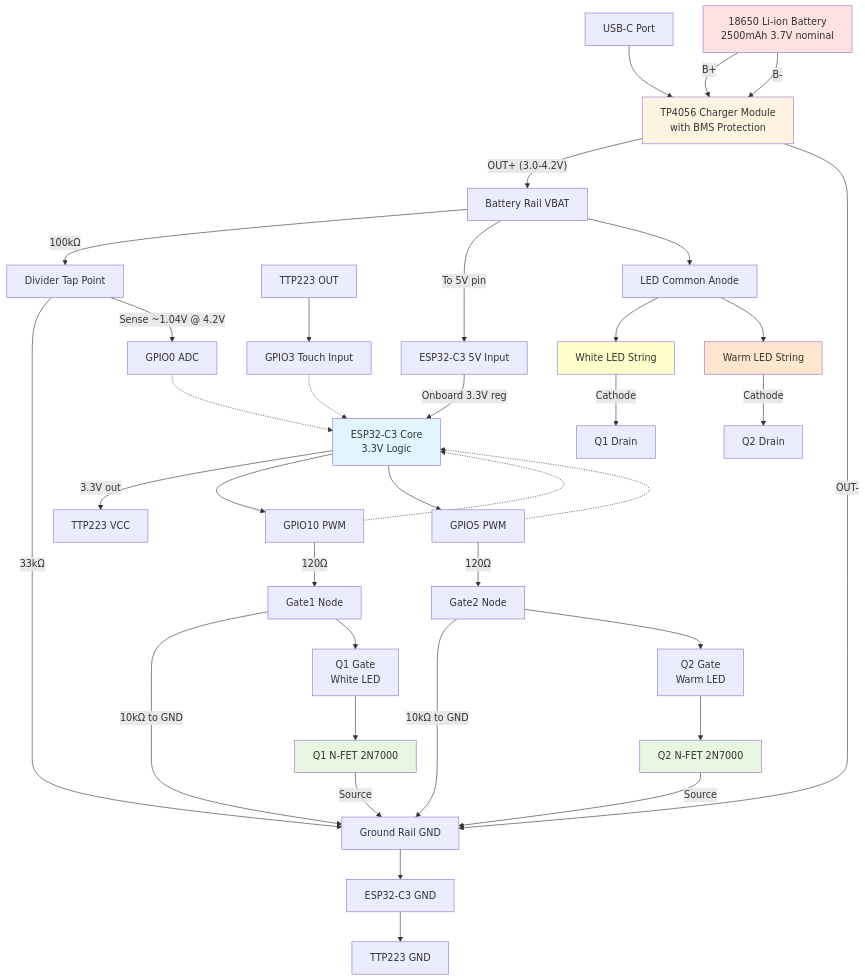
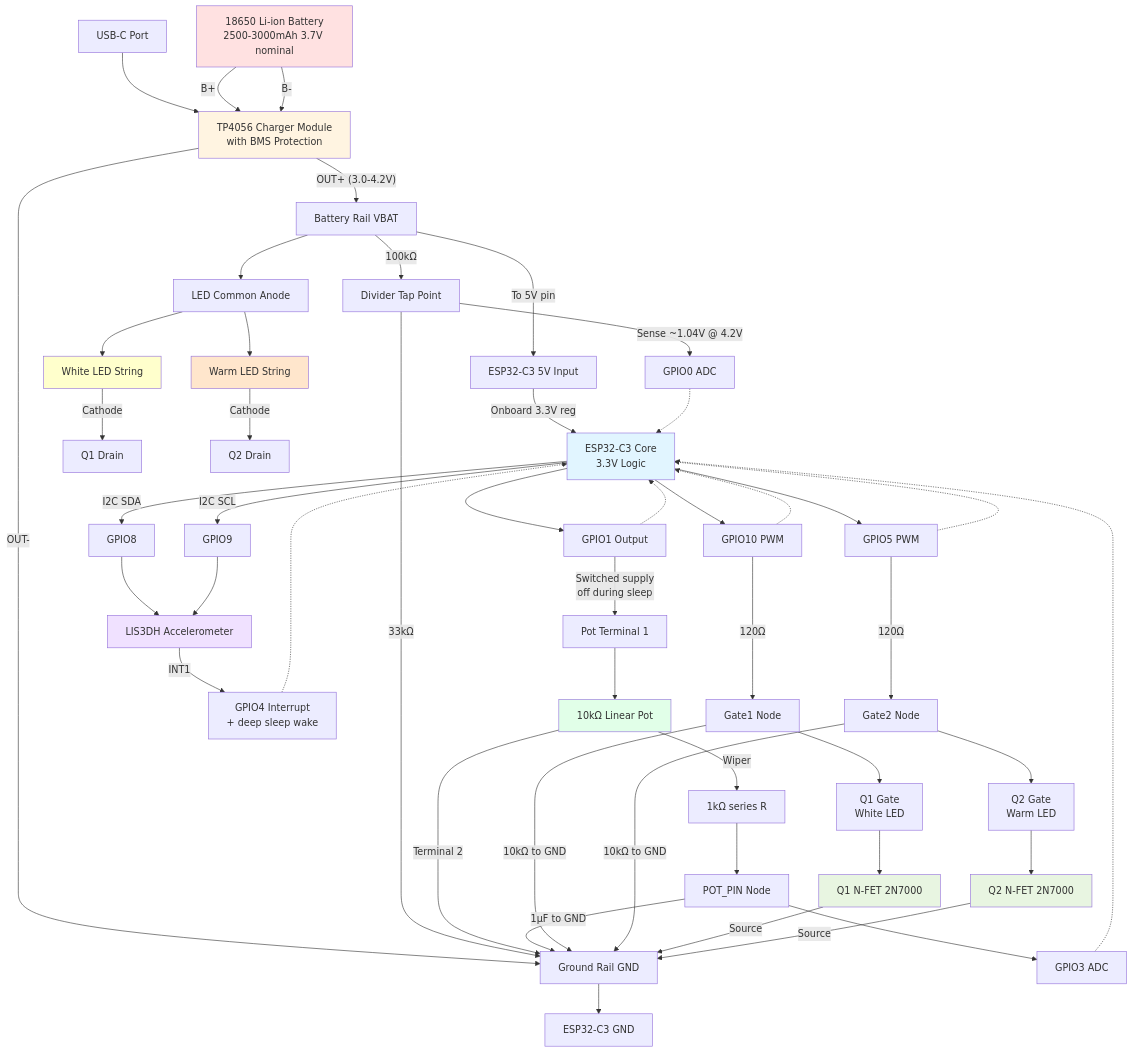
One commit to myclark/LEDDeskLamp changed the diagram in doc/desk_lamp_project.md. Above: the diagram before and after it, drawn with Mermaid. The commit also changed other lines of this file and 5 other files, not shown here.

````diff
--- a/doc/desk_lamp_project.md
+++ b/doc/desk_lamp_project.md
@@ -61,58 +81,73 @@
 ```mermaid
 graph TB
     USB[USB-C Port] --> TP4056[TP4056 Charger Module<br/>with BMS Protection]
 
-    BATT[18650 Li-ion Battery<br/>2500mAh 3.7V nominal] --> |"B+"| TP4056
+    BATT[18650 Li-ion Battery<br/>2500-3000mAh 3.7V nominal] --> |"B+"| TP4056
     BATT --> |"B-"| TP4056
 
     TP4056 --> |"OUT+ (3.0-4.2V)"| VBAT_RAIL[Battery Rail VBAT]
     TP4056 --> |"OUT-"| GND_RAIL[Ground Rail GND]
 
     VBAT_RAIL --> |"100kΩ"| VDIV_TAP[Divider Tap Point]
     VDIV_TAP --> |"33kΩ"| GND_RAIL
     VDIV_TAP --> |"Sense ~1.04V @ 4.2V"| GPIO0[GPIO0 ADC]
 
     VBAT_RAIL --> |"To 5V pin"| ESP32_5V[ESP32-C3 5V Input]
     ESP32_5V --> |"Onboard 3.3V reg"| ESP32_CORE[ESP32-C3 Core<br/>3.3V Logic]
     GND_RAIL --> ESP32_GND[ESP32-C3 GND]
 
-    ESP32_CORE --> |"3.3V out"| TOUCH_VCC[TTP223 VCC]
-    TOUCH_OUT[TTP223 OUT] --> GPIO3[GPIO3 Touch Input]
-    ESP32_GND --> TOUCH_GND[TTP223 GND]
+    ESP32_CORE --> GPIO1[GPIO1 Output]
+    GPIO1 --> |"Switched supply<br/>off during sleep"| POT_T1[Pot Terminal 1]
+    POT_T1 --> POT[10kΩ Linear Pot]
+    POT --> |"Terminal 2"| GND_RAIL
+    POT --> |"Wiper"| POT_R["1kΩ series R"]
+    POT_R --> POT_NODE[POT_PIN Node]
+    POT_NODE --> |"1µF to GND"| GND_RAIL
+    POT_NODE --> GPIO3[GPIO3 ADC]
+
+    ESP32_CORE --> |"I2C SDA"| GPIO8[GPIO8]
+    ESP32_CORE --> |"I2C SCL"| GPIO9[GPIO9]
+    GPIO8 --> LIS3DH[LIS3DH Accelerometer]
+    GPIO9 --> LIS3DH
+    LIS3DH --> |"INT1"| GPIO4[GPIO4 Interrupt<br/>+ deep sleep wake]
 
     ESP32_CORE --> GPIO10[GPIO10 PWM]
     ESP32_CORE --> GPIO5[GPIO5 PWM]
 
     GPIO10 --> |"120Ω"| GATE1_RES[Gate1 Node]
     GATE1_RES --> |"10kΩ to GND"| GND_RAIL
     GATE1_RES --> Q1_GATE[Q1 Gate<br/>White LED]
     Q1_GATE --> Q1[Q1 N-FET 2N7000]
 
     GPIO5 --> |"120Ω"| GATE2_RES[Gate2 Node]
     GATE2_RES --> |"10kΩ to GND"| GND_RAIL
     GATE2_RES --> Q2_GATE[Q2 Gate<br/>Warm LED]
     Q2_GATE --> Q2[Q2 N-FET 2N7000]
 
     VBAT_RAIL --> LED_COMMON[LED Common Anode]
     LED_COMMON --> WHITE_LED[White LED String]
     LED_COMMON --> WARM_LED[Warm LED String]
 
     WHITE_LED --> |"Cathode"| Q1_DRAIN[Q1 Drain]
     WARM_LED --> |"Cathode"| Q2_DRAIN[Q2 Drain]
 
     Q1 --> |"Source"| GND_RAIL
     Q2 --> |"Source"| GND_RAIL
 
     GPIO0 -.-> ESP32_CORE
+    GPIO1 -.-> ESP32_CORE
     GPIO3 -.-> ESP32_CORE
+    GPIO4 -.-> ESP32_CORE
     GPIO10 -.-> ESP32_CORE
     GPIO5 -.-> ESP32_CORE
 
     style ESP32_CORE fill:#e1f5ff
     style BATT fill:#ffe1e1
     style TP4056 fill:#fff4e1
     style Q1 fill:#e8f5e1
     style Q2 fill:#e8f5e1
     style WHITE_LED fill:#ffffcc
     style WARM_LED fill:#ffe6cc
+    style LIS3DH fill:#f0e1ff
+    style POT fill:#e1ffe8
 ```
````
